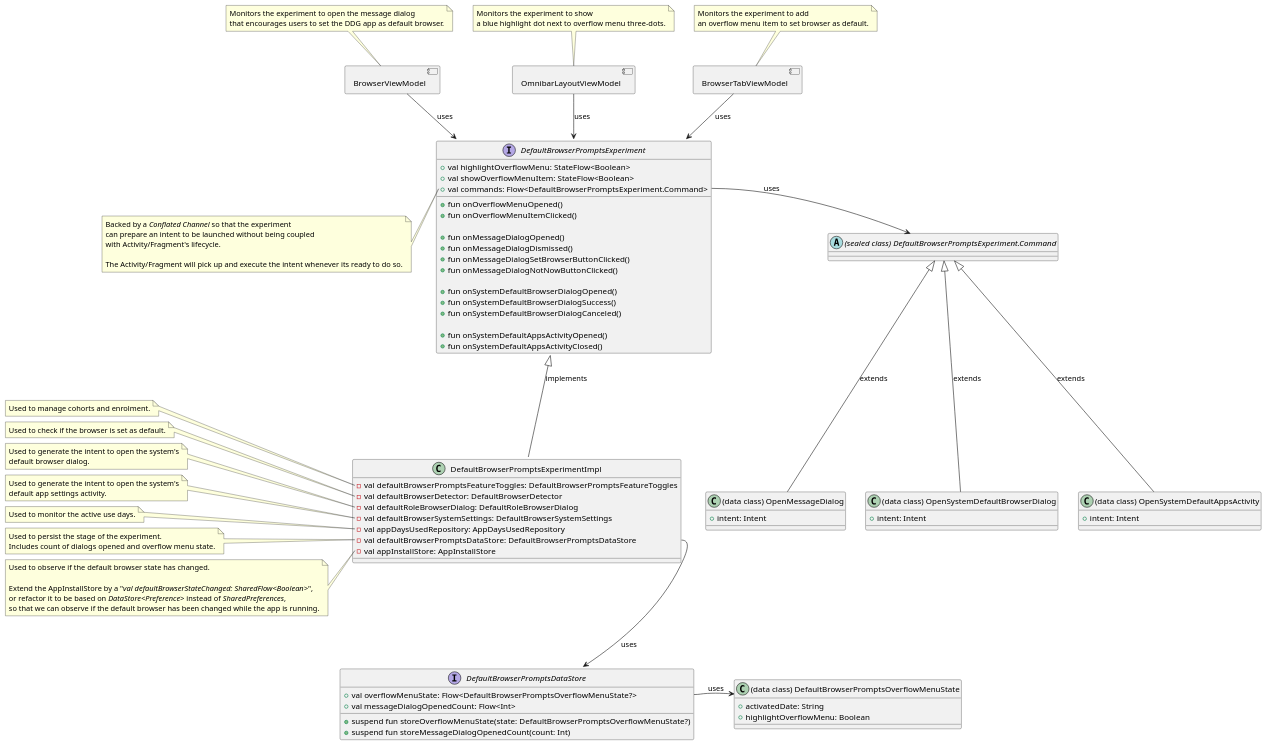
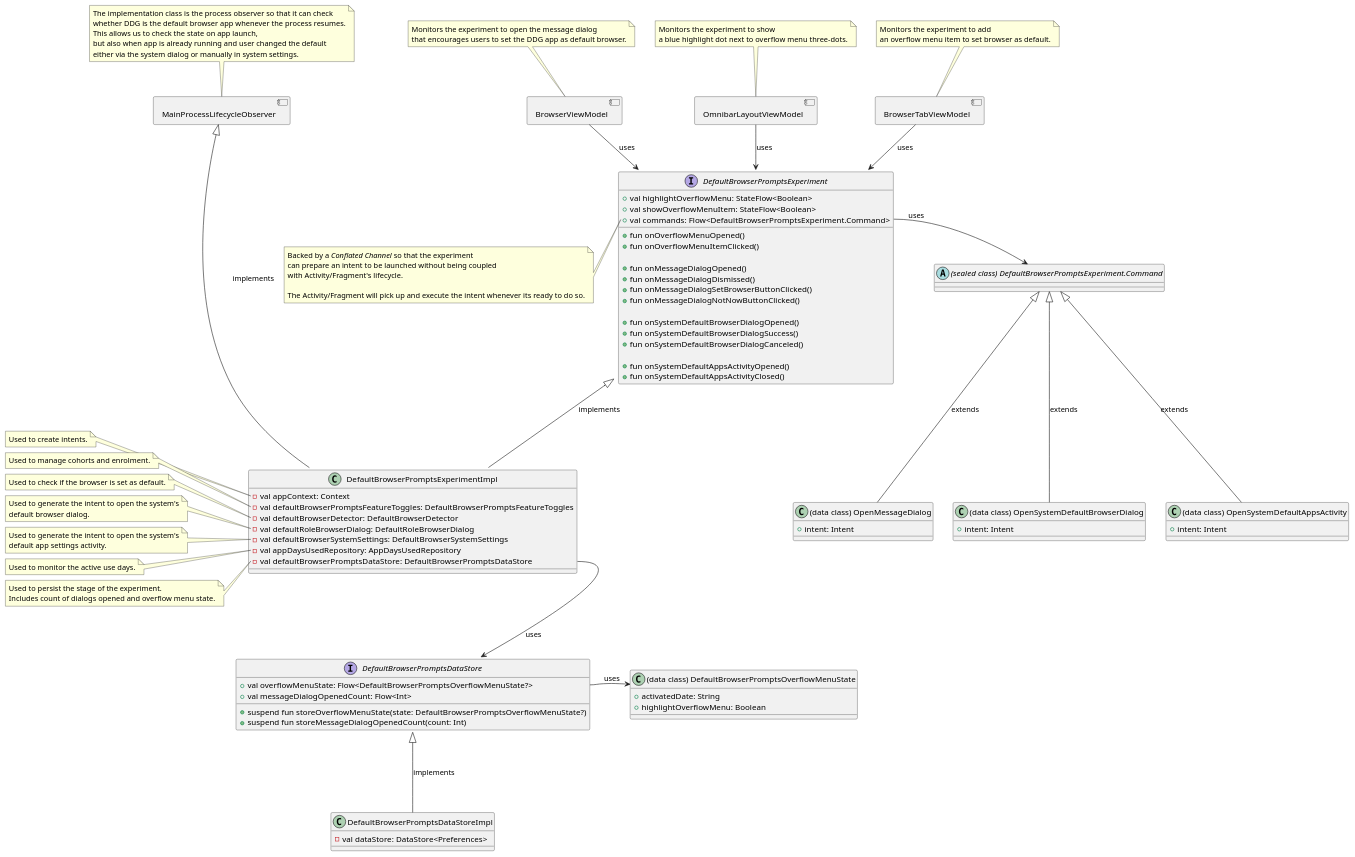
The diagram in app/src/main/java/com/duckduckgo/app/browser/defaultbrowsing/prompts/default_browser_prompts_experiment.puml (duckduckgo/Android), drawn with PlantUML before and after one commit.

Commit message:
wip moved to process lifecycle observer

```diff
--- a/app/src/main/java/com/duckduckgo/app/browser/defaultbrowsing/prompts/default_browser_prompts_experiment.puml
+++ b/app/src/main/java/com/duckduckgo/app/browser/defaultbrowsing/prompts/default_browser_prompts_experiment.puml
@@ -1,138 +1,151 @@
 @startuml
 allowmixing
+
+component MainProcessLifecycleObserver
+note top of MainProcessLifecycleObserver
+  The implementation class is the process observer so that it can check
+  whether DDG is the default browser app whenever the process resumes.
+  This allows us to check the state on app launch,
+  but also when app is already running and user changed the default
+  either via the system dialog or manually in system settings.
+end note
 
 abstract class DefaultBrowserPromptsExperimentCommand as "(sealed class) DefaultBrowserPromptsExperiment.Command"
 
 class OpenMessageDialog as "(data class) OpenMessageDialog" {
   + intent: Intent
 }
 
 class OpenSystemDefaultBrowserDialog as "(data class) OpenSystemDefaultBrowserDialog" {
   + intent: Intent
 }
 
 class OpenSystemDefaultAppsActivity as "(data class) OpenSystemDefaultAppsActivity" {
   + intent: Intent
 }
 
 DefaultBrowserPromptsExperimentCommand <|-- OpenMessageDialog : extends
 DefaultBrowserPromptsExperimentCommand <|-- OpenSystemDefaultBrowserDialog : extends
 DefaultBrowserPromptsExperimentCommand <|-- OpenSystemDefaultAppsActivity : extends
 
 interface DefaultBrowserPromptsExperiment {
   + val highlightOverflowMenu: StateFlow<Boolean>
   + val showOverflowMenuItem: StateFlow<Boolean>
   + val commands: Flow<DefaultBrowserPromptsExperiment.Command>
 
   + fun onOverflowMenuOpened()
   + fun onOverflowMenuItemClicked()
 
   + fun onMessageDialogOpened()
   + fun onMessageDialogDismissed()
   + fun onMessageDialogSetBrowserButtonClicked()
   + fun onMessageDialogNotNowButtonClicked()
 
   + fun onSystemDefaultBrowserDialogOpened()
   + fun onSystemDefaultBrowserDialogSuccess()
   + fun onSystemDefaultBrowserDialogCanceled()
 
   + fun onSystemDefaultAppsActivityOpened()
   + fun onSystemDefaultAppsActivityClosed()
 }
 
 DefaultBrowserPromptsExperiment::commands -> DefaultBrowserPromptsExperimentCommand : uses
 
 note left of DefaultBrowserPromptsExperiment::commands
   Backed by a //Conflated Channel// so that the experiment
   can prepare an intent to be launched without being coupled
   with Activity/Fragment's lifecycle.
 
   The Activity/Fragment will pick up and execute the intent whenever its ready to do so.
 end note
 
 class DefaultBrowserPromptsOverflowMenuState as "(data class) DefaultBrowserPromptsOverflowMenuState" {
   + activatedDate: String
   + highlightOverflowMenu: Boolean
 }
 
 interface DefaultBrowserPromptsDataStore {
   + val overflowMenuState: Flow<DefaultBrowserPromptsOverflowMenuState?>
   + val messageDialogOpenedCount: Flow<Int>
 
   + suspend fun storeOverflowMenuState(state: DefaultBrowserPromptsOverflowMenuState?)
   + suspend fun storeMessageDialogOpenedCount(count: Int)
 }
 
 DefaultBrowserPromptsDataStore::overflowMenuState -> DefaultBrowserPromptsOverflowMenuState : uses
 
+class DefaultBrowserPromptsDataStoreImpl {
+  - val dataStore: DataStore<Preferences>
+}
+
+DefaultBrowserPromptsDataStore <|--- DefaultBrowserPromptsDataStoreImpl : implements
+
 class DefaultBrowserPromptsExperimentImpl {
+  - val appContext: Context
   - val defaultBrowserPromptsFeatureToggles: DefaultBrowserPromptsFeatureToggles
   - val defaultBrowserDetector: DefaultBrowserDetector
   - val defaultRoleBrowserDialog: DefaultRoleBrowserDialog
   - val defaultBrowserSystemSettings: DefaultBrowserSystemSettings
   - val appDaysUsedRepository: AppDaysUsedRepository
   - val defaultBrowserPromptsDataStore: DefaultBrowserPromptsDataStore
-  - val appInstallStore: AppInstallStore
 }
+
+MainProcessLifecycleObserver <|--- DefaultBrowserPromptsExperimentImpl : implements
 
 DefaultBrowserPromptsExperiment <|-- DefaultBrowserPromptsExperimentImpl : implements
 
 DefaultBrowserPromptsExperimentImpl::defaultBrowserPromptsDataStore --> DefaultBrowserPromptsDataStore : uses
+
+note left of DefaultBrowserPromptsExperimentImpl::appContext
+  Used to create intents.
+end note
 
 note left of DefaultBrowserPromptsExperimentImpl::defaultBrowserPromptsFeatureToggles
   Used to manage cohorts and enrolment.
 end note
 
 note left of DefaultBrowserPromptsExperimentImpl::defaultBrowserDetector
   Used to check if the browser is set as default.
 end note
 
 note left of DefaultBrowserPromptsExperimentImpl::defaultRoleBrowserDialog
   Used to generate the intent to open the system's
   default browser dialog.
 end note
 
 note left of DefaultBrowserPromptsExperimentImpl::defaultBrowserSystemSettings
   Used to generate the intent to open the system's
   default app settings activity.
 end note
 
 note left of DefaultBrowserPromptsExperimentImpl::appDaysUsedRepository
   Used to monitor the active use days.
 end note
 
 note left of DefaultBrowserPromptsExperimentImpl::defaultBrowserPromptsDataStore
   Used to persist the stage of the experiment.
   Includes count of dialogs opened and overflow menu state.
 end note
 
-note left of DefaultBrowserPromptsExperimentImpl::appInstallStore
-  Used to observe if the default browser state has changed.
-
-  Extend the AppInstallStore by a "//val defaultBrowserStateChanged: SharedFlow<Boolean>//",
-  or refactor it to be based on //DataStore<Preference>// instead of //SharedPreferences//,
-  so that we can observe if the default browser has been changed while the app is running.
-end note
-
 component BrowserViewModel
 BrowserViewModel --> DefaultBrowserPromptsExperiment : uses
 note top of BrowserViewModel
   Monitors the experiment to open the message dialog
   that encourages users to set the DDG app as default browser.
 end note
 
 component OmnibarLayoutViewModel
 OmnibarLayoutViewModel --> DefaultBrowserPromptsExperiment : uses
 note top of OmnibarLayoutViewModel
   Monitors the experiment to show
   a blue highlight dot next to overflow menu three-dots.
 end note
 
 component BrowserTabViewModel
 BrowserTabViewModel --> DefaultBrowserPromptsExperiment : uses
 note top of BrowserTabViewModel
   Monitors the experiment to add
   an overflow menu item to set browser as default.
 end note
 
 @enduml
```
